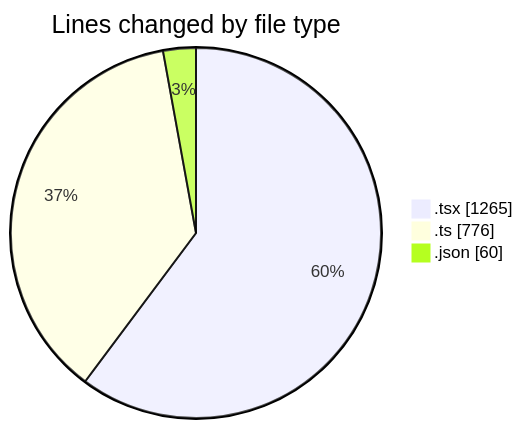
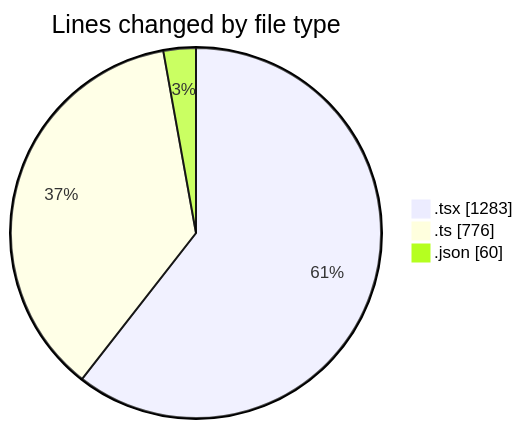
Before and after one commit to nxtqubesakshisongat/code-tracking: the first of 2 diagrams in 2026-04-20/airfeed-analytics-dashboard/README.md, drawn with Mermaid. The commit also changed other lines of this file and 1 other file, not shown here.

````diff
--- a/2026-04-20/airfeed-analytics-dashboard/README.md
+++ b/2026-04-20/airfeed-analytics-dashboard/README.md
@@ -30,7 +30,7 @@
 ```mermaid
 pie showData
 title Lines changed by file type
-".tsx" : 1265
+".tsx" : 1283
 ".ts" : 776
 ".json" : 60
 ```
````
